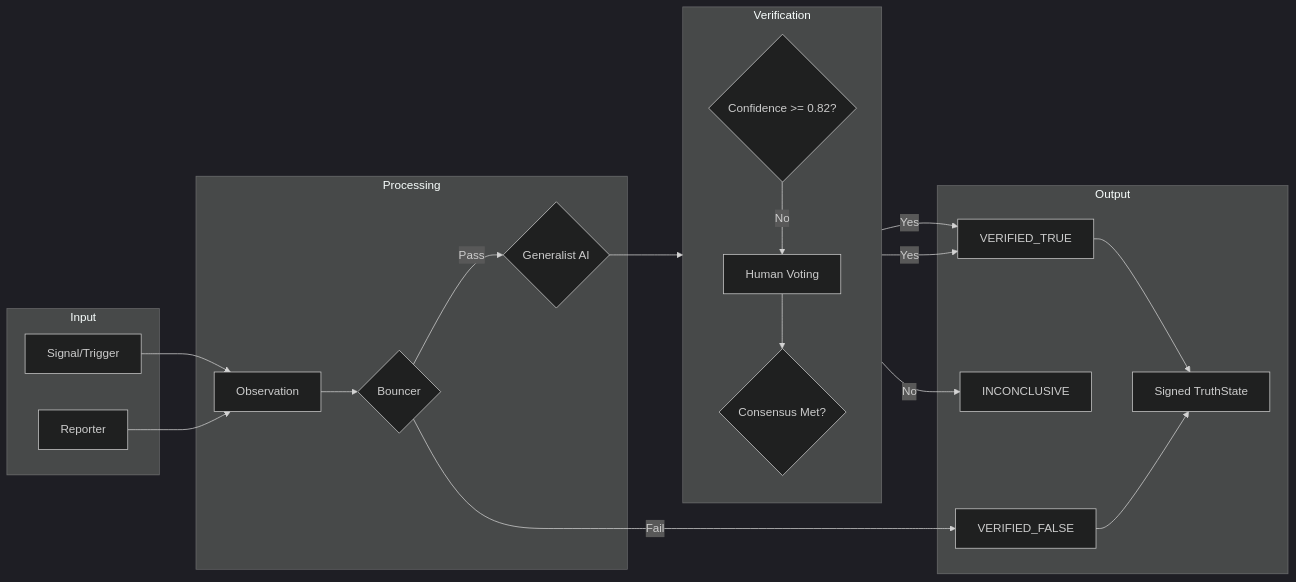
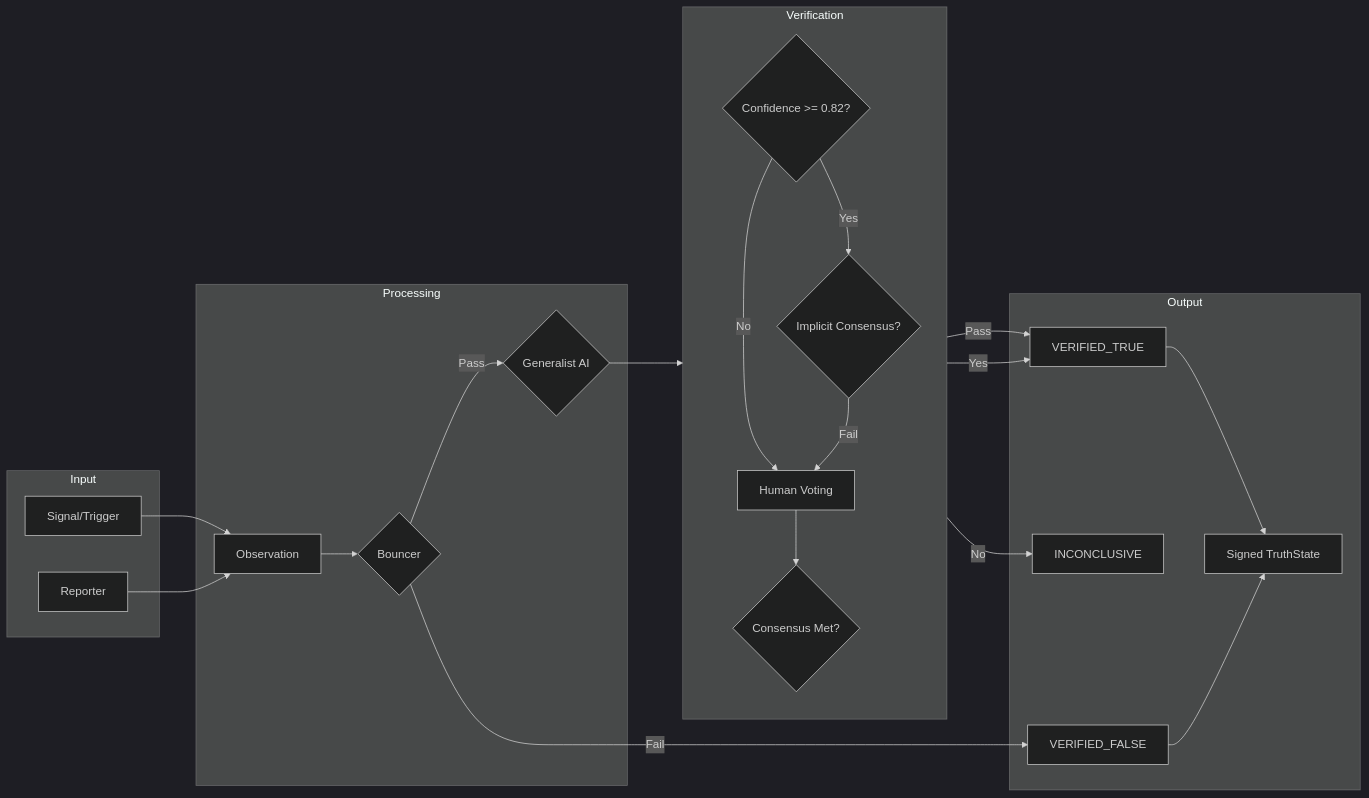
The second of 5 diagrams in README.md (MadinMSRO/kaori-protocol), drawn with Mermaid (dark theme) before and after one commit. The commit also changed other lines of this file, not shown here.

Commit message:
Docs: Update verification diagrams to include Implicit Consensus path

````diff
--- a/README.md
+++ b/README.md
@@ -39,41 +39,44 @@
 ```mermaid
 flowchart LR
     subgraph Input
         Trigger[Signal/Trigger]
         Reporter[Reporter]
     end
 
     subgraph Processing
         Observation[Observation]
         Bouncer{Bouncer}
         Generalist{Generalist AI}
     end
 
     subgraph Verification
         direction TB
         Confidence{Confidence >= 0.82?}
+        Implicit{Implicit Consensus?}
         Human[Human Voting]
         Consensus{Consensus Met?}
     end
 
     subgraph Output
         Verified[VERIFIED_TRUE]
         Rejected[VERIFIED_FALSE]
         Inconclusive[INCONCLUSIVE]
         Signed[Signed TruthState]
     end
 
     Trigger --> Observation
     Reporter --> Observation
     Observation --> Bouncer
     Bouncer -->|Pass| Generalist
     Bouncer -->|Fail| Rejected
     Generalist --> Confidence
-    Confidence -->|Yes| Verified
+    Confidence -->|Yes| Implicit
     Confidence -->|No| Human
+    Implicit -->|Pass| Verified
+    Implicit -->|Fail| Human
     Human --> Consensus
     Consensus -->|Yes| Verified
     Consensus -->|No| Inconclusive
     Verified --> Signed
     Rejected --> Signed
 ```
````
